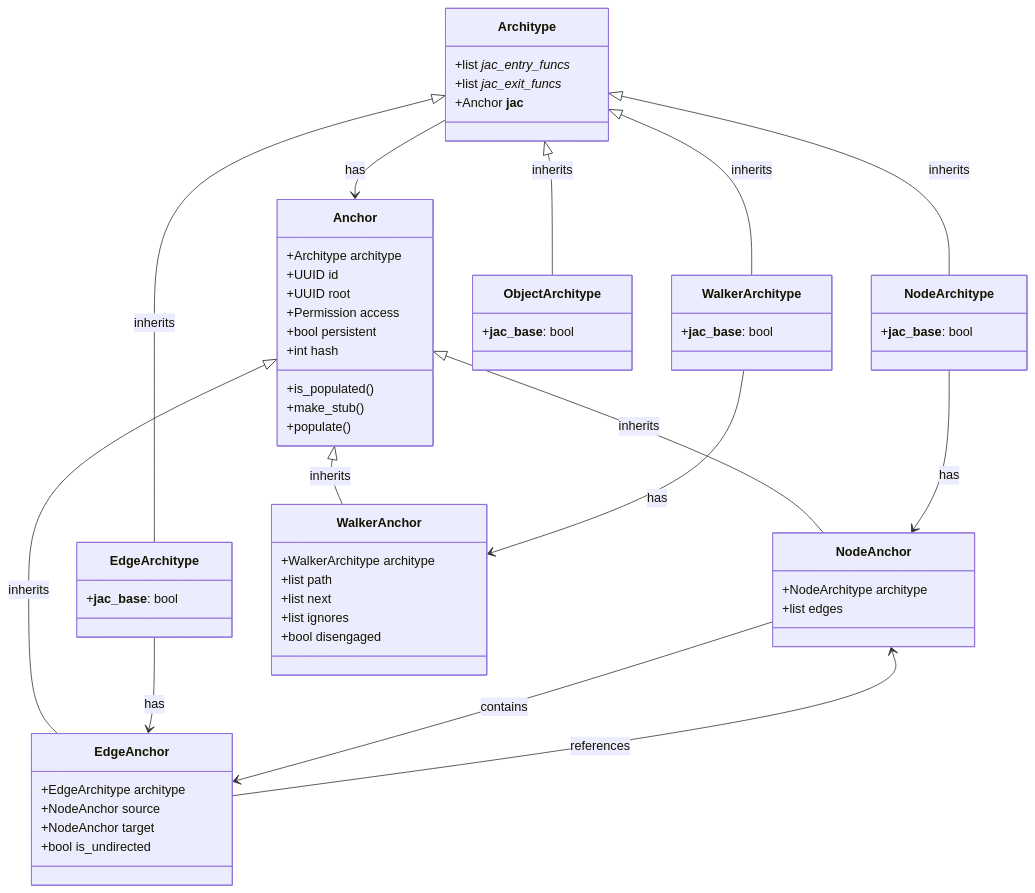
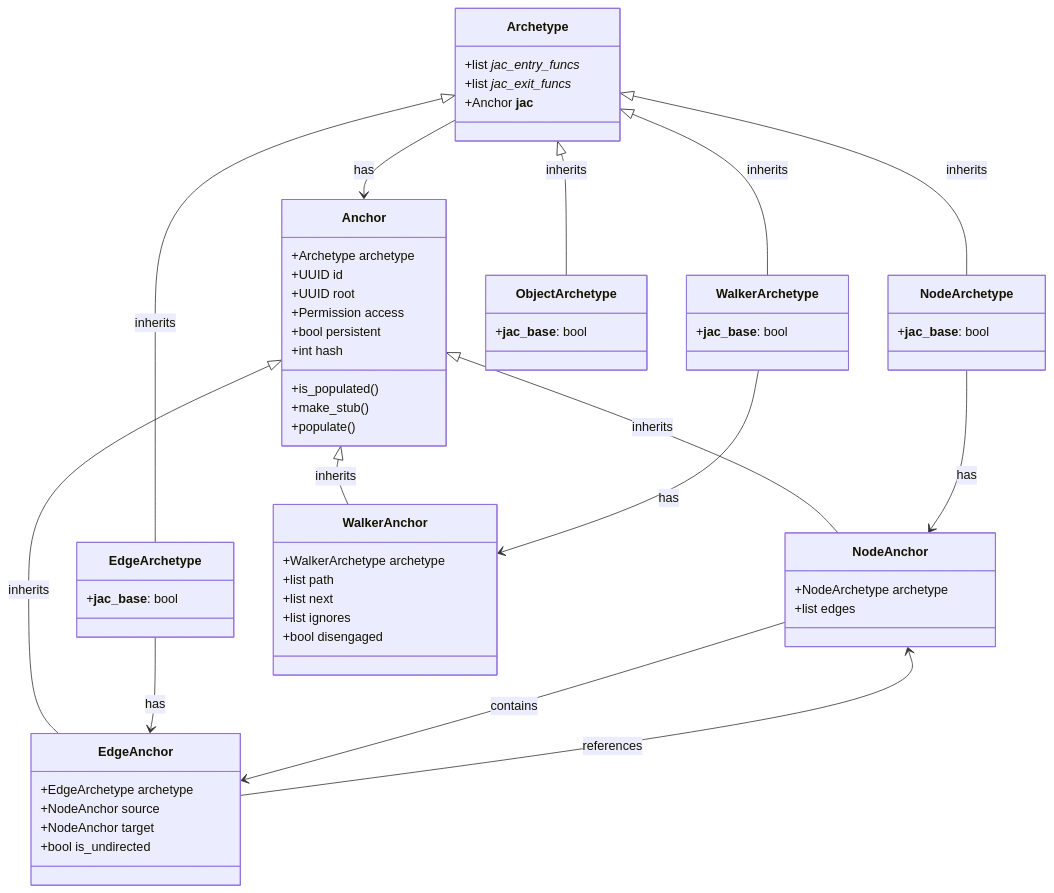
Before and after one commit to Jaseci-Labs/jaseci: the sixth of 13 diagrams in docs/docs/internals/internals.md, drawn with Mermaid. The commit also changed other lines of this file and 85 other files, not shown here.

````diff
--- a/docs/docs/internals/internals.md
+++ b/docs/docs/internals/internals.md
@@ -334,73 +334,73 @@
 ```mermaid
 classDiagram
-    class Architype {
+    class Archetype {
         +list _jac_entry_funcs_
         +list _jac_exit_funcs_
         +Anchor __jac__
     }
 
-    class NodeArchitype {
+    class NodeArchetype {
         +__jac_base__: bool
     }
 
-    class EdgeArchitype {
+    class EdgeArchetype {
         +__jac_base__: bool
     }
 
-    class WalkerArchitype {
+    class WalkerArchetype {
         +__jac_base__: bool
     }
 
-    class ObjectArchitype {
+    class ObjectArchetype {
         +__jac_base__: bool
     }
 
     class Anchor {
-        +Architype architype
+        +Archetype archetype
         +UUID id
         +UUID root
         +Permission access
         +bool persistent
         +int hash
         +is_populated()
         +make_stub()
         +populate()
     }
 
     class NodeAnchor {
-        +NodeArchitype architype
+        +NodeArchetype archetype
         +list edges
     }
 
     class EdgeAnchor {
-        +EdgeArchitype architype
+        +EdgeArchetype archetype
         +NodeAnchor source
         +NodeAnchor target
         +bool is_undirected
     }
 
     class WalkerAnchor {
-        +WalkerArchitype architype
+        +WalkerArchetype archetype
         +list path
         +list next
         +list ignores
         +bool disengaged
     }
 
-    Architype <|-- NodeArchitype : inherits
-    Architype <|-- EdgeArchitype : inherits
-    Architype <|-- WalkerArchitype : inherits
-    Architype <|-- ObjectArchitype : inherits
+    Archetype <|-- NodeArchetype : inherits
+    Archetype <|-- EdgeArchetype : inherits
+    Archetype <|-- WalkerArchetype : inherits
+    Archetype <|-- ObjectArchetype : inherits
 
     Anchor <|-- NodeAnchor : inherits
     Anchor <|-- EdgeAnchor : inherits
     Anchor <|-- WalkerAnchor : inherits
 
-    Architype --> Anchor : has
-    NodeArchitype --> NodeAnchor : has
-    EdgeArchitype --> EdgeAnchor : has
-    WalkerArchitype --> WalkerAnchor : has
+    Archetype --> Anchor : has
+    NodeArchetype --> NodeAnchor : has
+    EdgeArchetype --> EdgeAnchor : has
+    WalkerArchetype --> WalkerAnchor : has
 
     NodeAnchor --> EdgeAnchor : contains
     EdgeAnchor --> NodeAnchor : references
 ```
````
